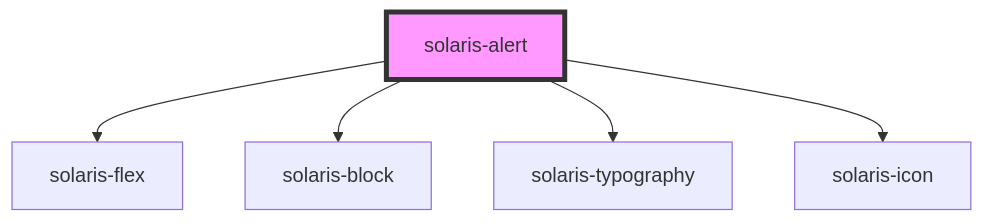
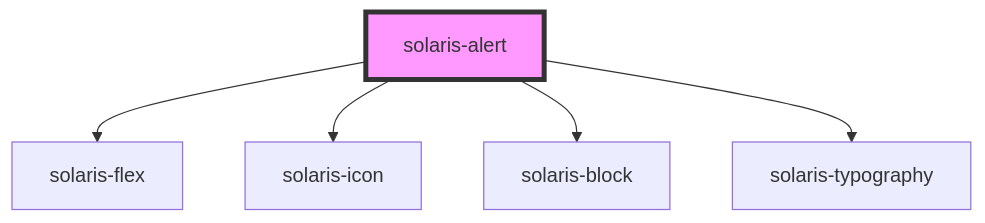
Before and after one commit to Lynxgsm/solaris-design-system: the diagram in packages/solaris-core/src/components/solaris-alert/readme.md, drawn with Mermaid. The commit also changed other lines of this file and 19 other files, not shown here.

````diff
--- a/packages/solaris-core/src/components/solaris-alert/readme.md
+++ b/packages/solaris-core/src/components/solaris-alert/readme.md
@@ -31,8 +30,8 @@
 ```mermaid
 graph TD;
   solaris-alert --> solaris-flex
+  solaris-alert --> solaris-icon
   solaris-alert --> solaris-block
   solaris-alert --> solaris-typography
-  solaris-alert --> solaris-icon
   style solaris-alert fill:#f9f,stroke:#333,stroke-width:4px
 ```
````
